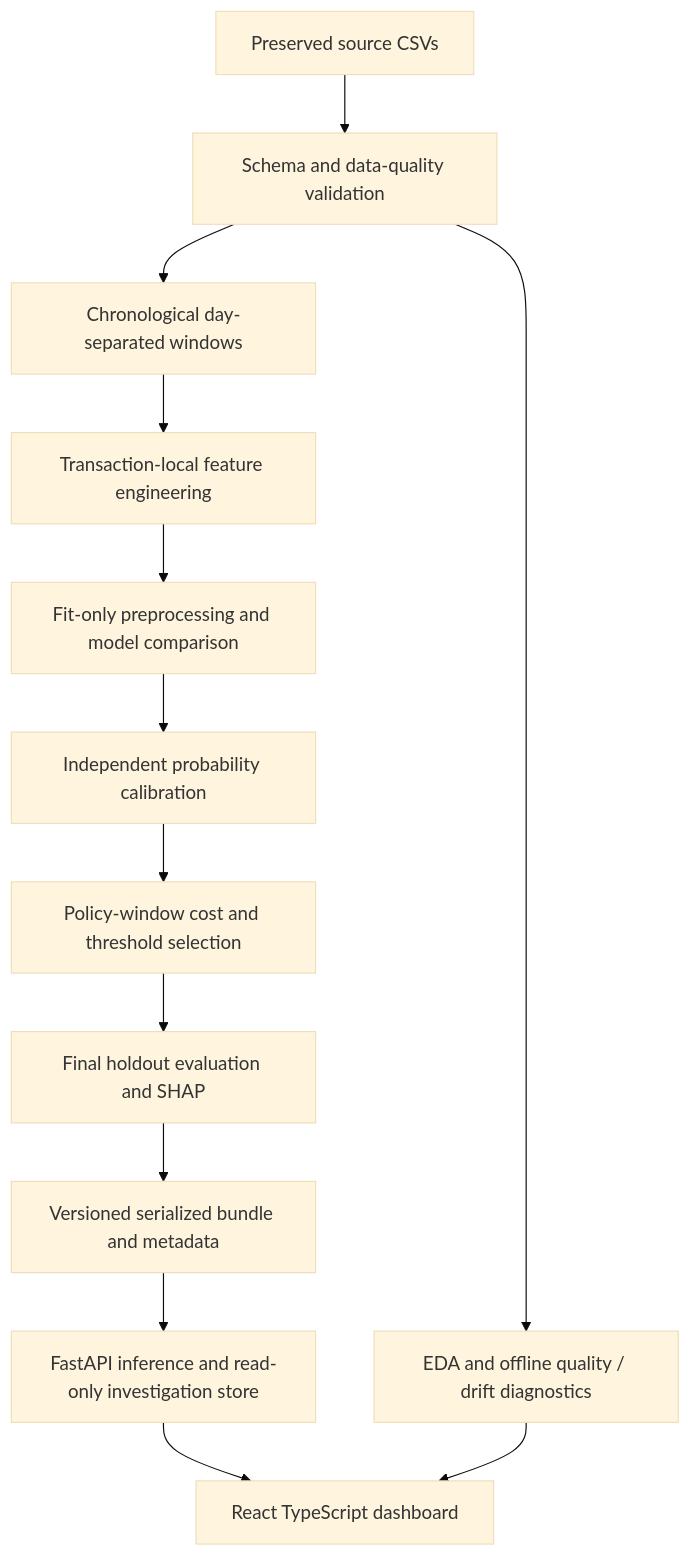
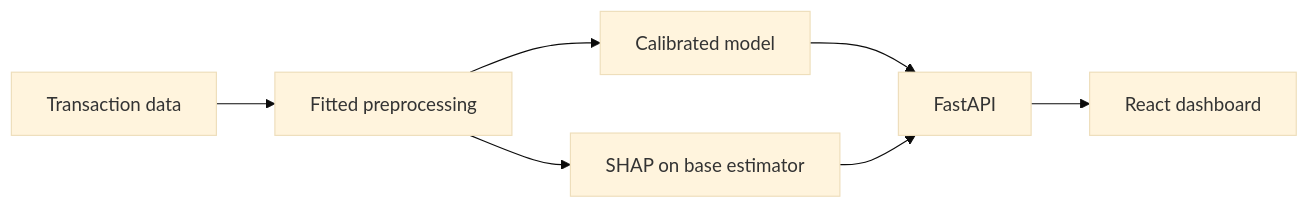
Before and after one commit to HarshBajania/FraudShield-AI: the diagram in README.md, drawn with Mermaid (base theme). The commit also changed other lines of this file, not shown here.

````diff
--- a/README.md
+++ b/README.md
@@ -78,15 +83,9 @@
 ```mermaid
-flowchart TD
-    A[Preserved source CSVs] --> B[Schema and data-quality validation]
-    B --> C[Chronological day-separated windows]
-    C --> D[Transaction-local feature engineering]
-    D --> E[Fit-only preprocessing and model comparison]
-    E --> F[Independent probability calibration]
-    F --> G[Policy-window cost and threshold selection]
-    G --> H[Final holdout evaluation and SHAP]
-    H --> I[Versioned serialized bundle and metadata]
-    I --> J[FastAPI inference and read-only investigation store]
-    J --> K[React TypeScript dashboard]
-    B --> L[EDA and offline quality / drift diagnostics]
-    L --> K
+flowchart LR
+    A[Transaction data] --> B[Fitted preprocessing]
+    B --> C[Calibrated model]
+    C --> D[FastAPI]
+    D --> E[React dashboard]
+    B --> F[SHAP on base estimator]
+    F --> D
 ```
````
